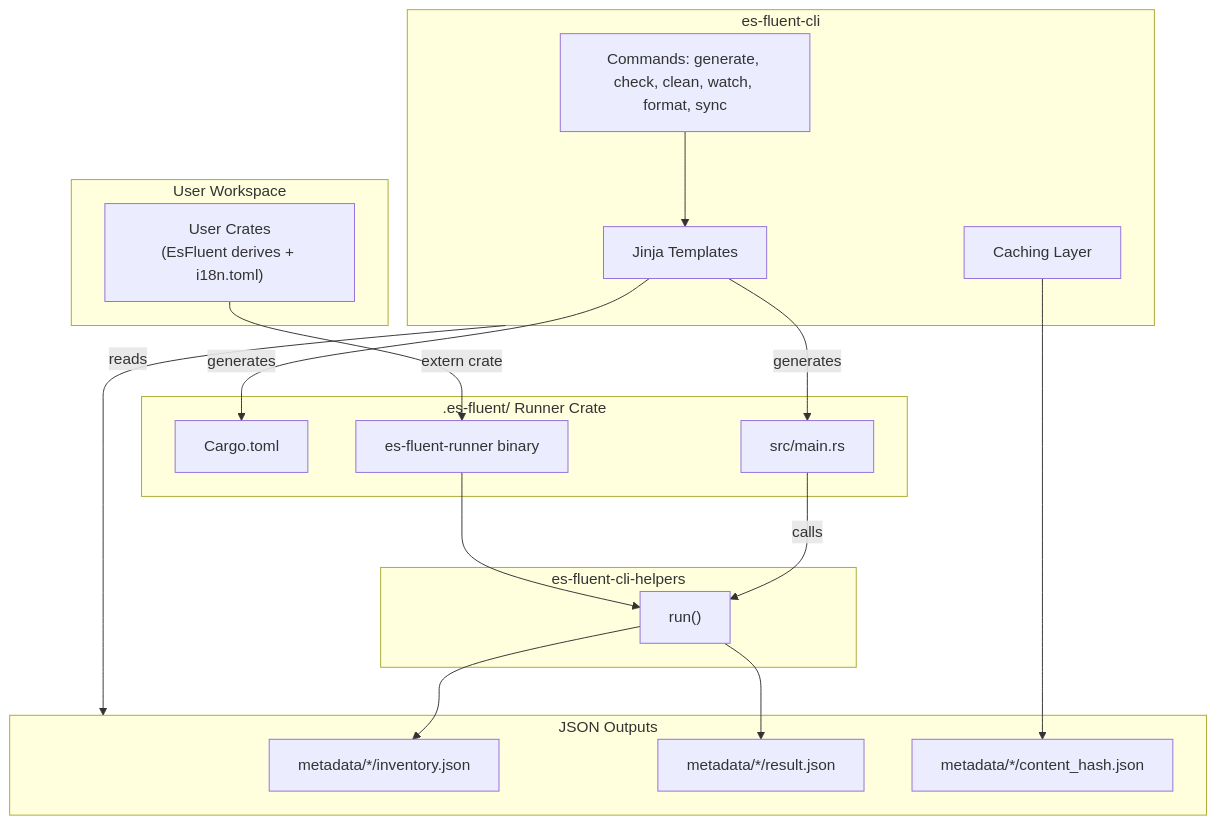
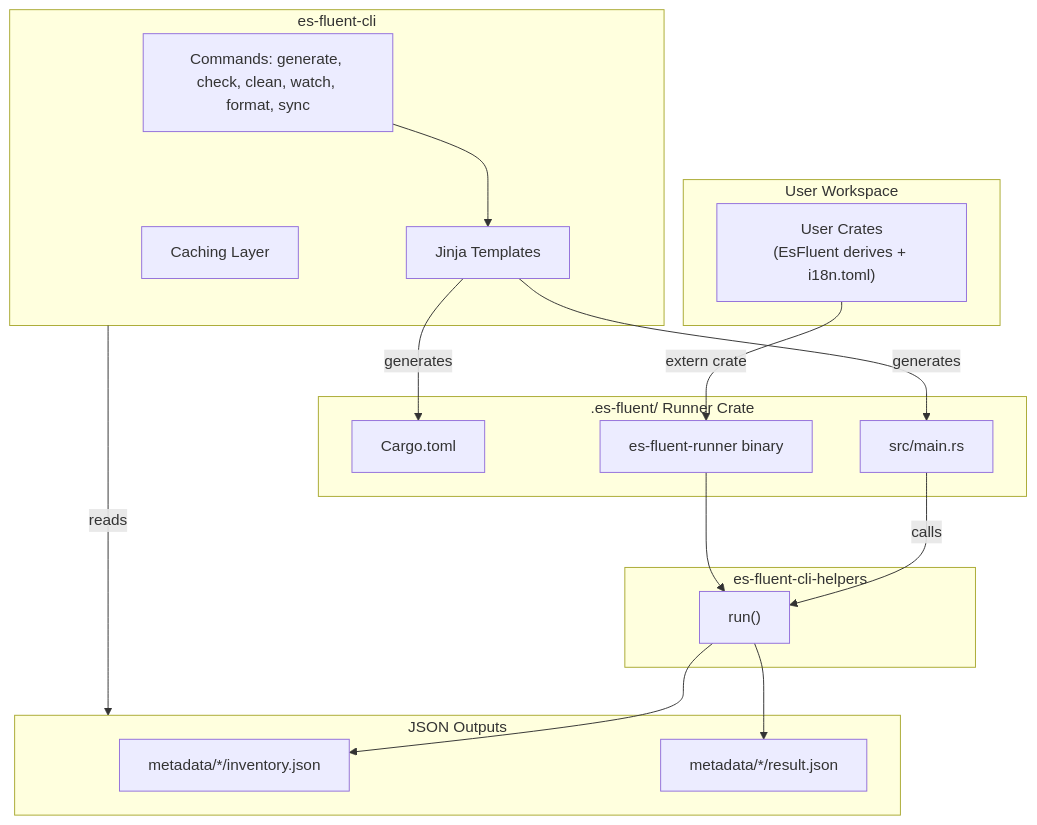
The first of 3 diagrams in crates/es-fluent-cli/docs/ARCHITECTURE.md (stayhydated/es-fluent), drawn with Mermaid before and after one commit. The commit also changed other lines of this file and 16 other files, not shown here.

````diff
--- a/crates/es-fluent-cli/docs/ARCHITECTURE.md
+++ b/crates/es-fluent-cli/docs/ARCHITECTURE.md
@@ -11,38 +11,36 @@
 ```mermaid
 flowchart TD
     subgraph USER["User Workspace"]
         UC["User Crates<br/>(EsFluent derives + i18n.toml)"]
     end
 
     subgraph CLI["es-fluent-cli"]
         CMD[Commands: generate, check, clean, watch, format, sync]
         JINJA[Jinja Templates]
         CACHE[Caching Layer]
     end
 
     subgraph RUNNER[".es-fluent/ Runner Crate"]
         CARGO[Cargo.toml]
         MAIN[src/main.rs]
         BIN[es-fluent-runner binary]
     end
 
     subgraph HELPERS_BOX["es-fluent-cli-helpers"]
         HELPERS["run()"]
     end
 
     subgraph OUTPUT["JSON Outputs"]
         INV[metadata/*/inventory.json]
         RES[metadata/*/result.json]
-        HASH[metadata/*/content_hash.json]
     end
 
     CMD --> JINJA
     JINJA -->|generates| CARGO
     JINJA -->|generates| MAIN
     MAIN -->|calls| HELPERS
     UC -->|extern crate| BIN
     BIN --> HELPERS
     HELPERS --> INV & RES
-    CACHE --> HASH
     CLI -->|reads| OUTPUT
 ```
````
